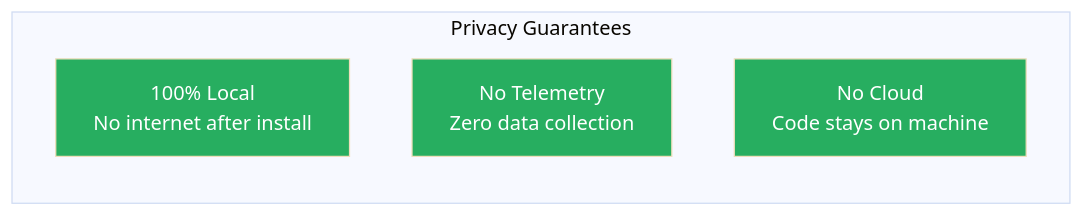
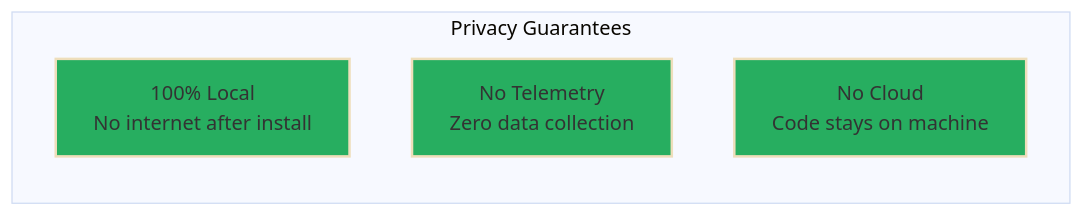
One commit to sampi02/amanmcp changed diagram 23 of 27 in docs/reference/architecture/architecture.md. Above: the diagram before and after it, drawn with Mermaid (base theme). The commit also changed other lines of this file and 59 other files, not shown here.

````diff
--- a/docs/reference/architecture/architecture.md
+++ b/docs/reference/architecture/architecture.md
@@ -957,12 +1567,12 @@
 ```mermaid
 flowchart LR
     subgraph Privacy["Privacy Guarantees"]
         P1["100% Local<br/>No internet after install"]
         P2["No Telemetry<br/>Zero data collection"]
         P3["No Cloud<br/>Code stays on machine"]
     end
 
-    style P1 fill:#27ae60,color:#fff
-    style P2 fill:#27ae60,color:#fff
-    style P3 fill:#27ae60,color:#fff
+    style P1 fill:#27ae60,stroke-width:2px
+    style P2 fill:#27ae60,stroke-width:2px
+    style P3 fill:#27ae60,stroke-width:2px
 ```
````
